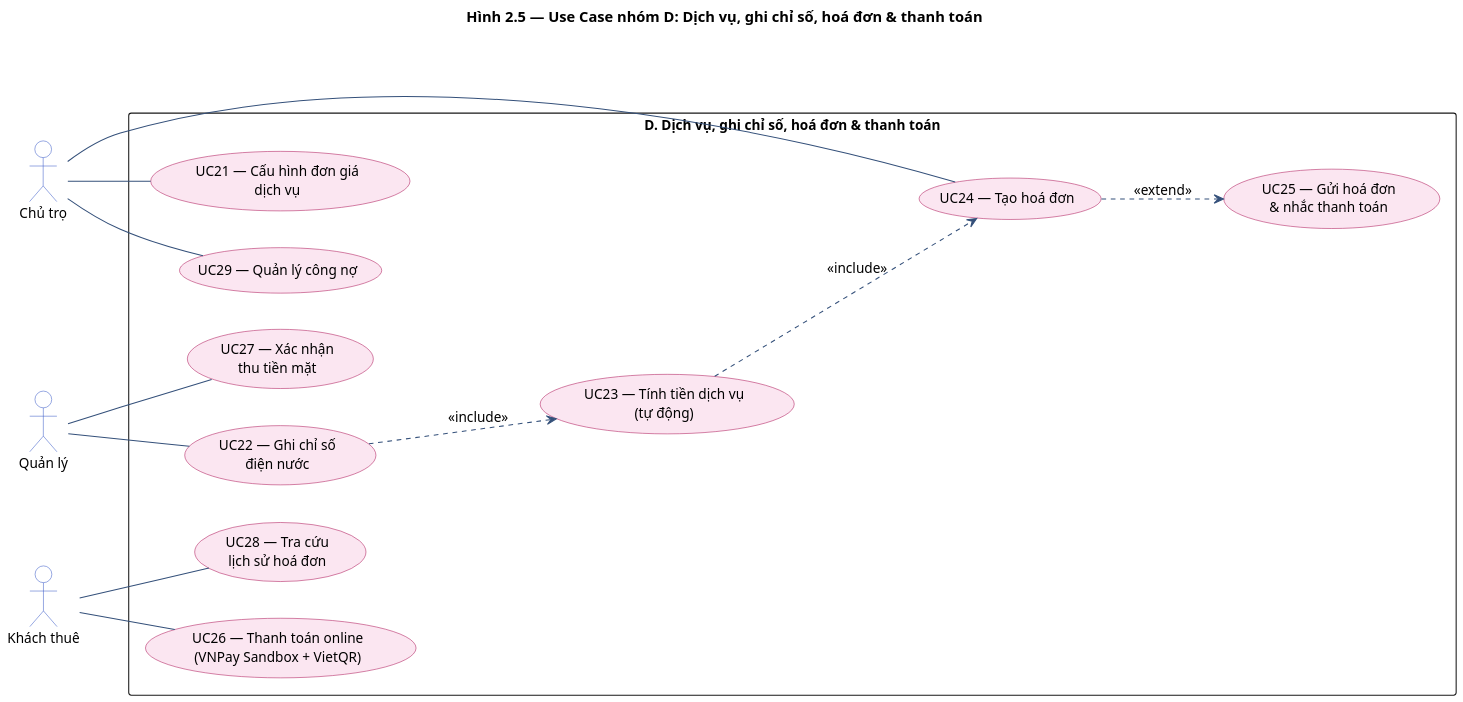
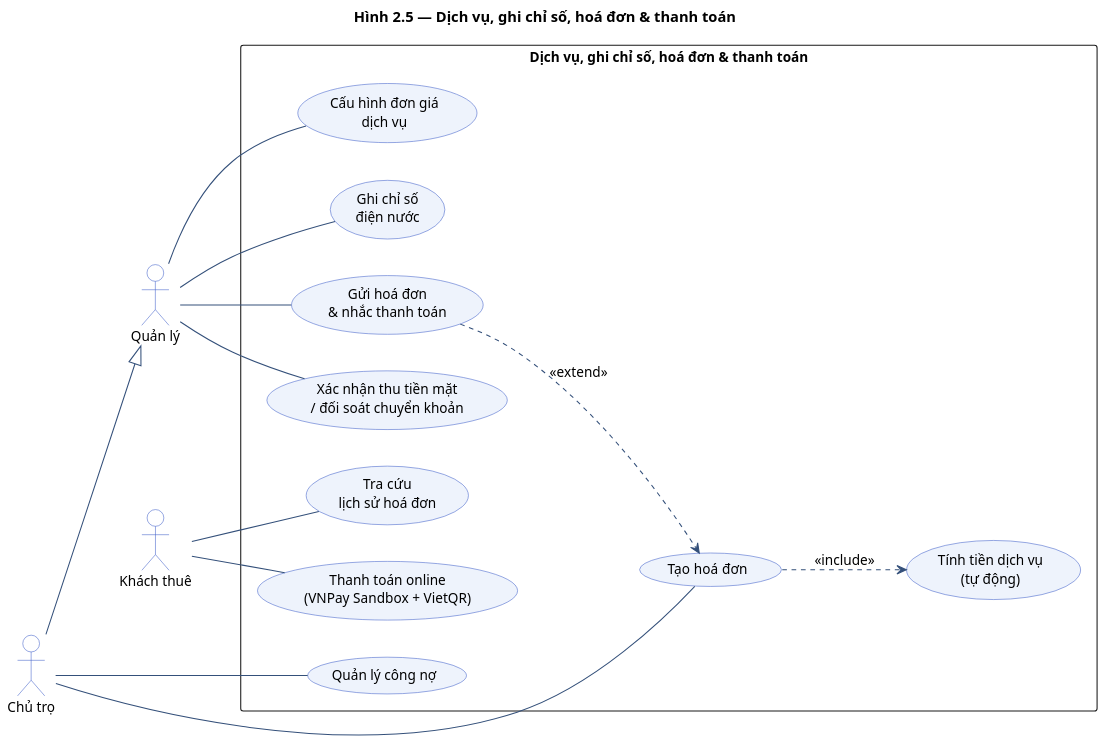
The diagram in docs/diagrams/2.05_uc_billing.puml (DiepTuHuy/Hostel_Management), drawn with PlantUML before and after one commit. The commit also changed 92 other files, not shown here.

Commit message:
Đồng bộ 19 sơ đồ UML khớp 100% với hệ thống và bổ sung báo cáo LaTeX (PTTKHT) vào repository

```diff
--- a/docs/diagrams/2.05_uc_billing.puml
+++ b/docs/diagrams/2.05_uc_billing.puml
@@ -1,48 +1,55 @@
 @startuml UC_Billing
-title Hình 2.5 — Use Case nhóm D: Dịch vụ, ghi chỉ số, hoá đơn & thanh toán
+title Hình 2.5 — Dịch vụ, ghi chỉ số, hoá đơn & thanh toán
 
 skinparam dpi 150
 skinparam shadowing false
 skinparam defaultFontName "Segoe UI"
 skinparam defaultFontSize 13
 skinparam packageStyle rectangle
 skinparam ArrowColor #34507A
 skinparam usecase {
-  BackgroundColor #FBE6F1
-  BorderColor #AD1457
+  BackgroundColor #EEF3FC
+  BorderColor #3A5BC7
 }
 skinparam actor {
   BackgroundColor #FFFFFF
   BorderColor #3A5BC7
 }
 left to right direction
 
 actor "Chủ trọ"     as Owner
 actor "Quản lý"     as Manager
 actor "Khách thuê"  as Tenant
 
-rectangle "D. Dịch vụ, ghi chỉ số, hoá đơn & thanh toán" {
-  usecase "UC21 — Cấu hình đơn giá\ndịch vụ"      as B1
-  usecase "UC22 — Ghi chỉ số\nđiện nước"          as B2
-  usecase "UC23 — Tính tiền dịch vụ\n(tự động)"   as B3
-  usecase "UC24 — Tạo hoá đơn"                    as B4
-  usecase "UC25 — Gửi hoá đơn\n& nhắc thanh toán" as B5
-  usecase "UC26 — Thanh toán online\n(VNPay Sandbox + VietQR)" as B6
-  usecase "UC27 — Xác nhận\nthu tiền mặt"         as B7
-  usecase "UC28 — Tra cứu\nlịch sử hoá đơn"       as B8
-  usecase "UC29 — Quản lý công nợ"                as B9
+rectangle "Dịch vụ, ghi chỉ số, hoá đơn & thanh toán" {
+  usecase "Cấu hình đơn giá\ndịch vụ"      as B1
+  usecase "Ghi chỉ số\nđiện nước"          as B2
+  usecase "Tính tiền dịch vụ\n(tự động)"   as B3
+  usecase "Tạo hoá đơn"                    as B4
+  usecase "Gửi hoá đơn\n& nhắc thanh toán" as B5
+  usecase "Thanh toán online\n(VNPay Sandbox + VietQR)" as B6
+  usecase "Xác nhận thu tiền mặt\n/ đối soát chuyển khoản" as B7
+  usecase "Tra cứu\nlịch sử hoá đơn"       as B8
+  usecase "Quản lý công nợ"                as B9
 }
 
-Owner   -- B1
+' Kế thừa: Chủ trọ có toàn bộ chức năng của Quản lý,
+' thêm 2 quyền riêng: Tạo hoá đơn (B4) và Quản lý công nợ (B9)
+Owner --|> Manager
 Owner   -- B4
 Owner   -- B9
+' Quản lý: dịch vụ, ghi chỉ số, nhắc nợ, xác nhận thu tiền
+Manager -- B1
 Manager -- B2
+Manager -- B5
 Manager -- B7
+' Khách thuê: thanh toán & tra cứu
 Tenant  -- B6
 Tenant  -- B8
 
-B2 ..> B3 : <<include>>
-B3 ..> B4 : <<include>>
-B4 ..> B5 : <<extend>>
+' Khi tạo hoá đơn, hệ thống tự tính tiền dịch vụ bên trong
+B4 ..> B3 : <<include>>
+' Nhắc thanh toán là bước mở rộng (tuỳ chọn) sau khi đã có hoá đơn
+B5 ..> B4 : <<extend>>
 
 @enduml
```
